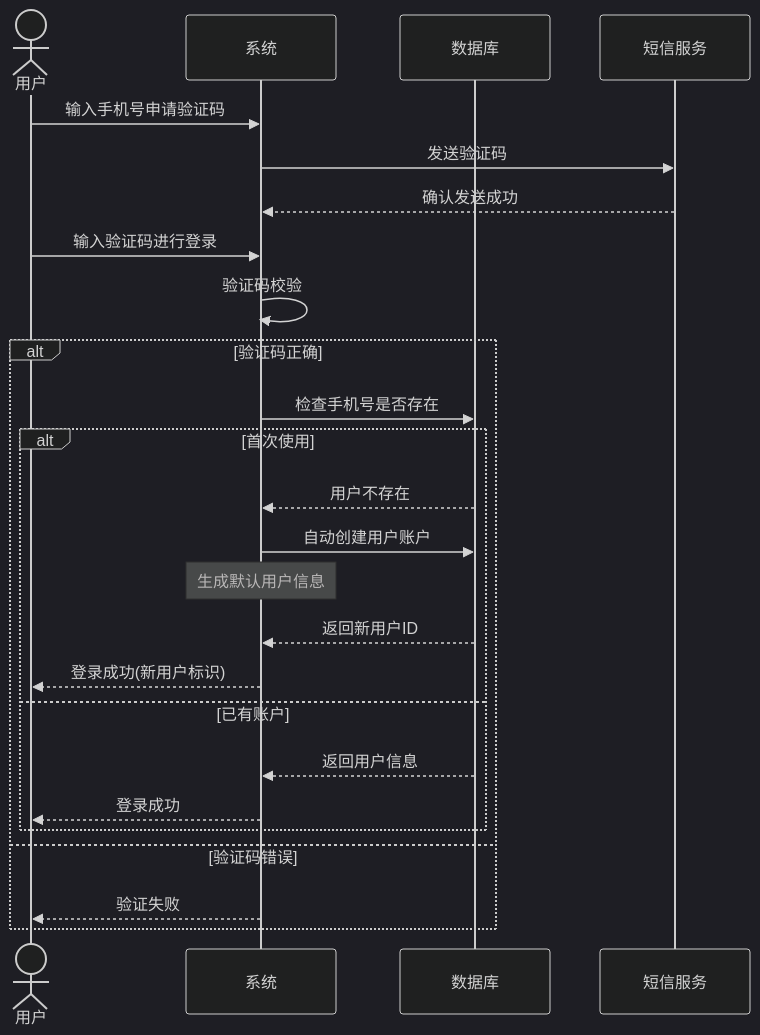
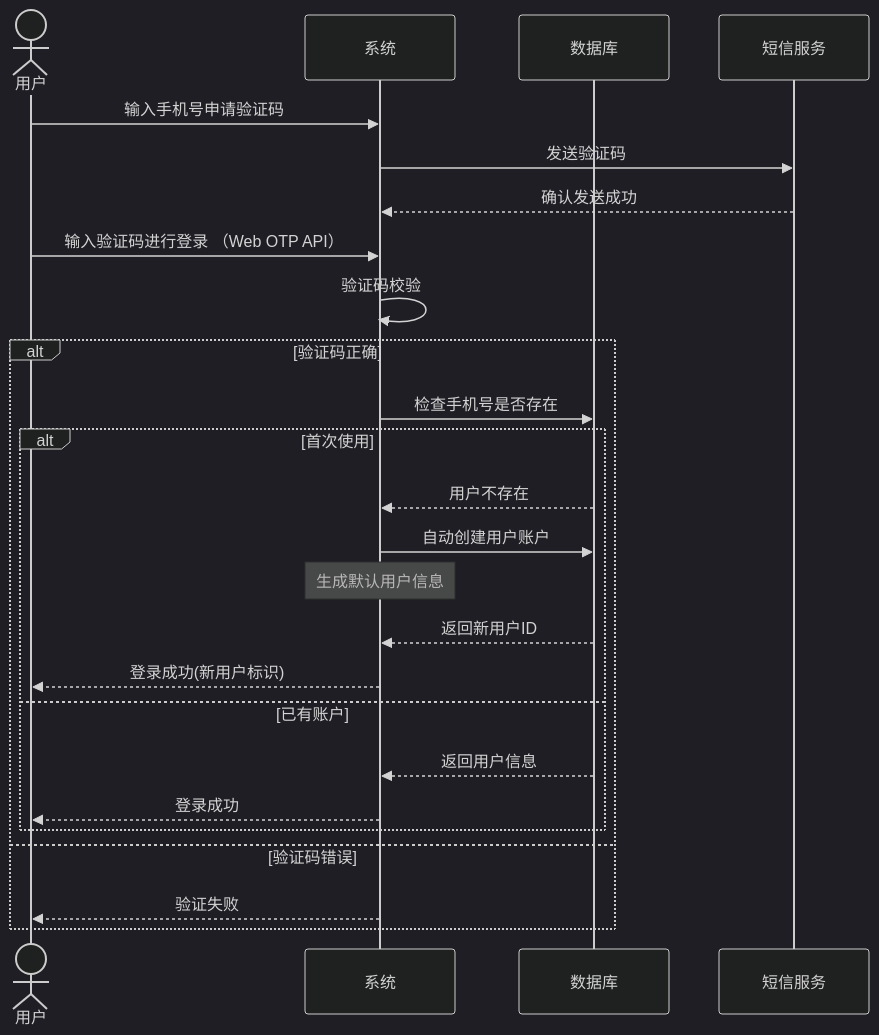
The second of 4 diagrams in docs/features/authentication/registration/README.md (weihongyu12/web), drawn with Mermaid (dark theme) before and after one commit. The commit also changed other lines of this file, not shown here.

````diff
--- a/docs/features/authentication/registration/README.md
+++ b/docs/features/authentication/registration/README.md
@@ -76,30 +77,30 @@
 ```mermaid
 sequenceDiagram
     actor User as 用户
     participant System as 系统
     participant DB as 数据库
     participant SMS as 短信服务
-    
+
     User->>System: 输入手机号申请验证码
     System->>SMS: 发送验证码
     SMS-->>System: 确认发送成功
-    
-    User->>System: 输入验证码进行登录
+
+    User->>System: 输入验证码进行登录 （Web OTP API）
     System->>System: 验证码校验
-    
+
     alt 验证码正确
         System->>DB: 检查手机号是否存在
         alt 首次使用
             DB-->>System: 用户不存在
             System->>DB: 自动创建用户账户
             Note over System: 生成默认用户信息
             DB-->>System: 返回新用户ID
             System-->>User: 登录成功(新用户标识)
         else 已有账户
             DB-->>System: 返回用户信息
             System-->>User: 登录成功
         end
     else 验证码错误
         System-->>User: 验证失败
     end
 ```
````
